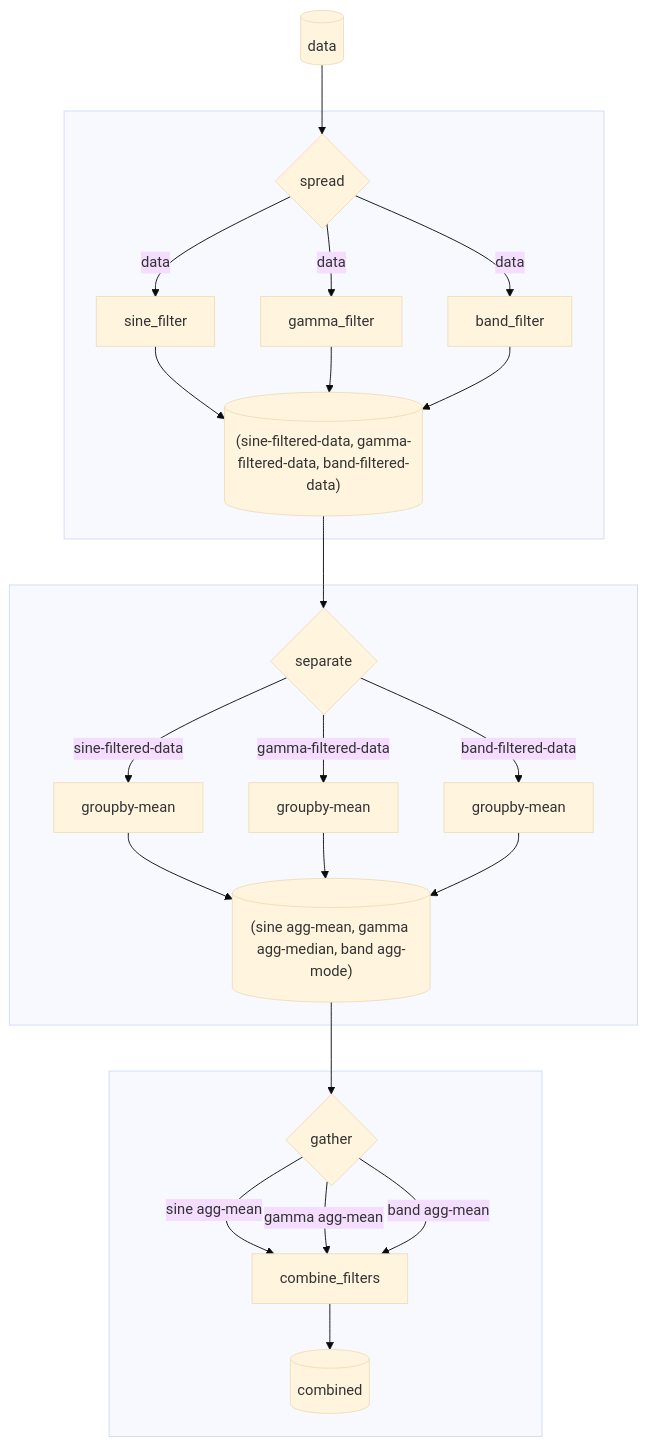
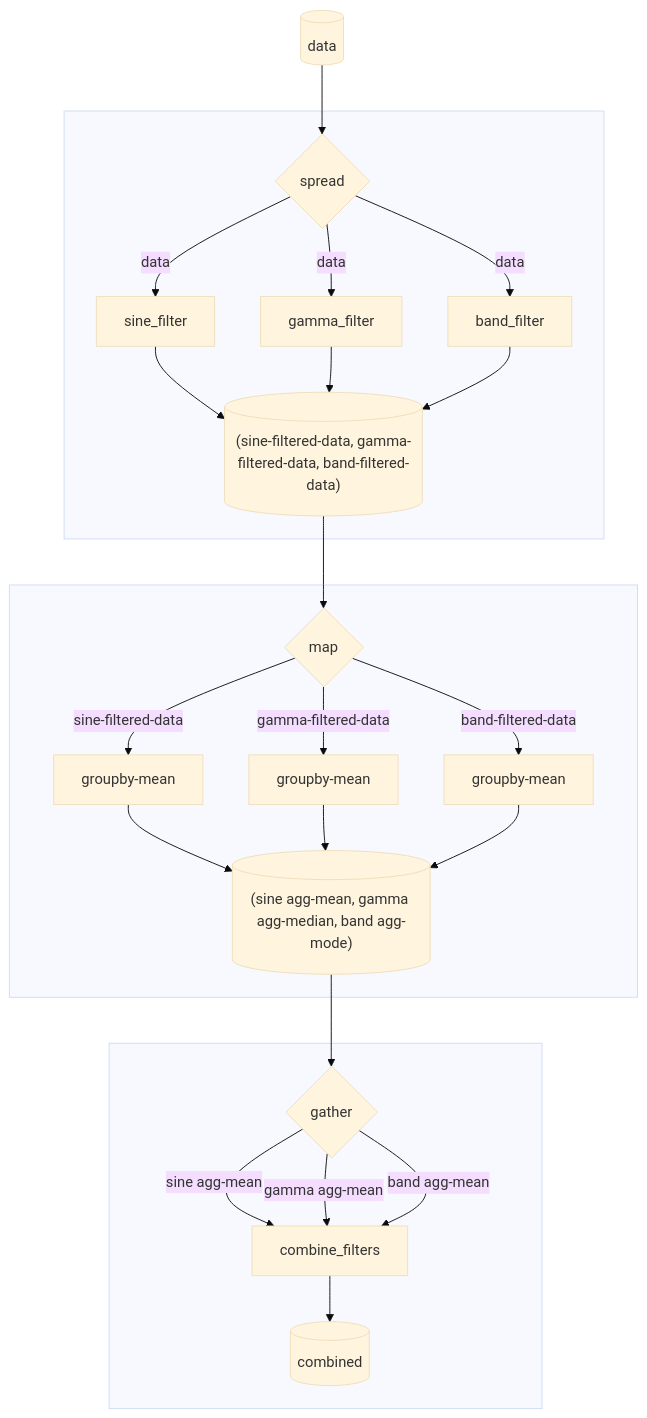
Before and after one commit to ejolly/py-utilz: the ninth of 11 diagrams in docs/pipes.md, drawn with Mermaid (base theme). The commit also changed other lines of this file, not shown here.

````diff
--- a/docs/pipes.md
+++ b/docs/pipes.md
@@ -321,29 +328,29 @@
 ```mermaid
 graph TD
   df[(data)]-->spread{spread}
   subgraph  
   spread-- data -->sine[sine_filter]
   spread-- data -->gamma[gamma_filter]
   spread-- data -->band[band_filter]
   sine -->out[("(sine-filtered-data, gamma-filtered-data, band-filtered-data)")]
   gamma -->out
   band -->out
   end
 
-  out -->separate{separate}
+  out -->map{map}
   subgraph  
-  separate-- sine-filtered-data -->aggfuncsine[groupby-mean]
-  separate-- gamma-filtered-data -->aggfuncgamma[groupby-mean]
-  separate-- band-filtered-data -->aggfuncband[groupby-mean]
+  map-- sine-filtered-data -->aggfuncsine[groupby-mean]
+  map-- gamma-filtered-data -->aggfuncgamma[groupby-mean]
+  map-- band-filtered-data -->aggfuncband[groupby-mean]
   aggfuncsine --> dfout[("(sine agg-mean, gamma agg-median, band agg-mode)")]
   aggfuncgamma -->dfout
   aggfuncband -->dfout
   end
   dfout -->gather{gather}
   subgraph  
   gather-- sine agg-mean -->func[combine_filters]
   gather-- gamma agg-mean-->func
   gather-- band agg-mean-->func
   func-->combined[(combined)]
   end
 ```
````
